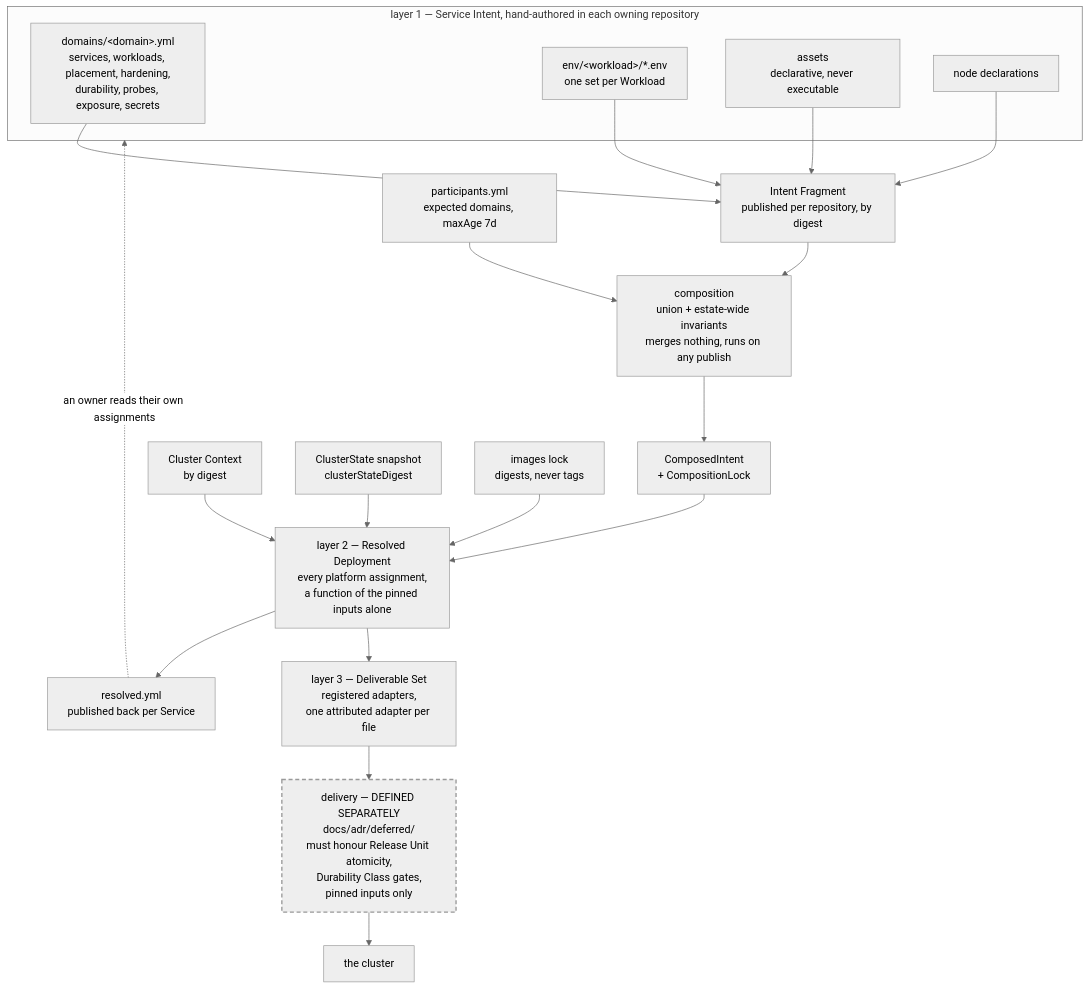
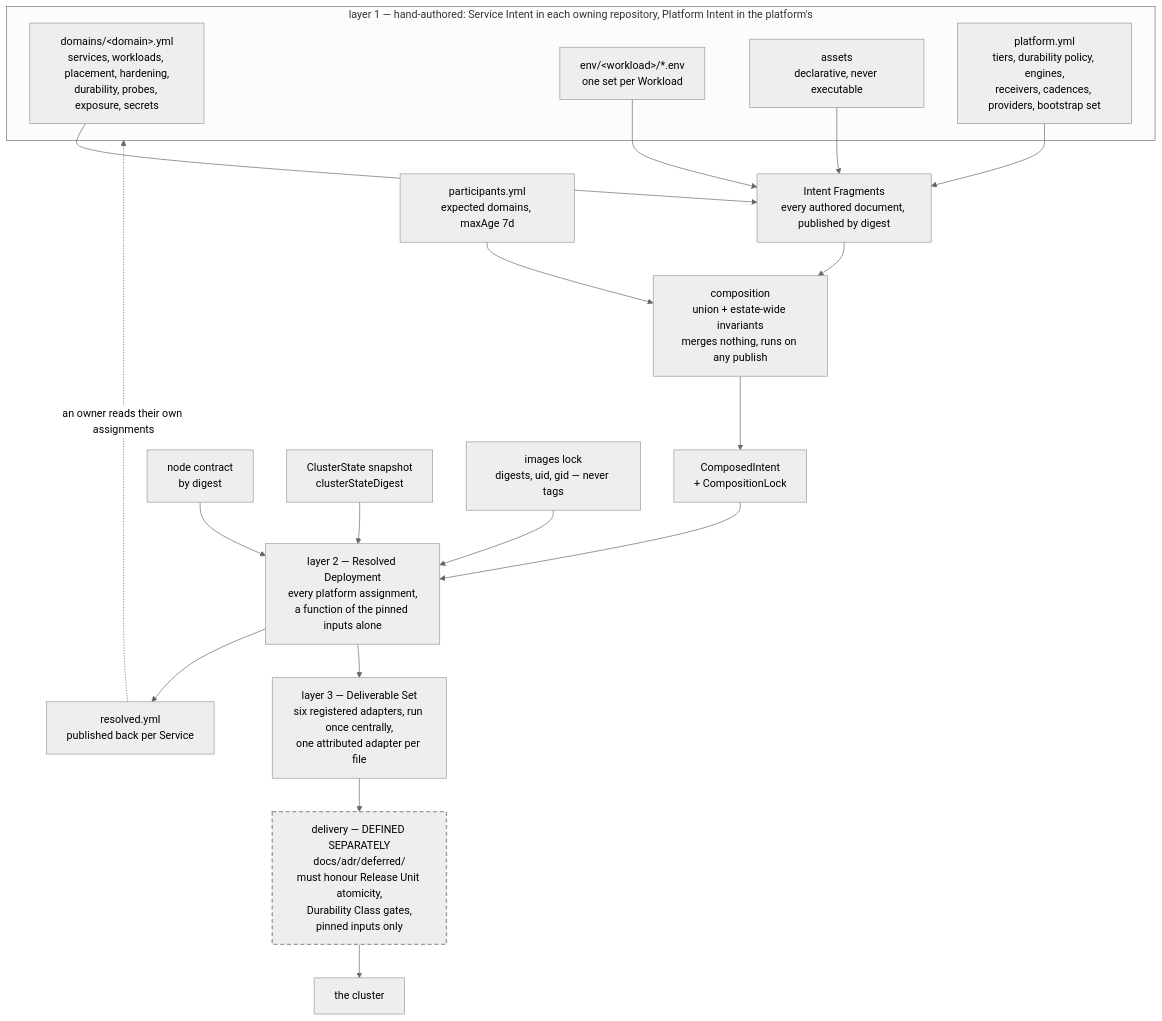
One commit to JorisJonkers-dev/deploy-kit changed the diagram in spec/v1/00-overview.md. Above: the diagram before and after it, drawn with Mermaid (neutral theme). The commit also changed other lines of this file and 270 other files, not shown here.

First line of the commit message:
feat: Platform Intent, the twenty-six render gaps, and gates for all of it (#12)

````diff
--- a/spec/v1/00-overview.md
+++ b/spec/v1/00-overview.md
@@ -108,34 +419,34 @@
 ```mermaid
 flowchart TB
-    subgraph AUTH["layer 1 — Service Intent, hand-authored in each owning repository"]
+    subgraph AUTH["layer 1 — hand-authored: Service Intent in each owning repository, Platform Intent in the platform's"]
         a1["domains/&lt;domain&gt;.yml<br/>services, workloads, placement, hardening,<br/>durability, probes, exposure, secrets"]
         a2["env/&lt;workload&gt;/*.env<br/>one set per Workload"]
         a3["assets<br/>declarative, never executable"]
-        a4["node declarations"]
+        a5["platform.yml<br/>tiers, durability policy, engines,<br/>receivers, cadences, providers, bootstrap set"]
     end
 
-    a1 --> FR["Intent Fragment<br/>published per repository, by digest"]
+    a1 --> FR["Intent Fragments<br/>every authored document, published by digest"]
     a2 --> FR
     a3 --> FR
-    a4 --> FR
+    a5 --> FR
 
     FR --> CO["composition<br/>union + estate-wide invariants<br/>merges nothing, runs on any publish"]
     PAR["participants.yml<br/>expected domains, maxAge 7d"] --> CO
     CO --> CI["ComposedIntent<br/>+ CompositionLock"]
 
     CI --> RES["layer 2 — Resolved Deployment<br/>every platform assignment,<br/>a function of the pinned inputs alone"]
-    CTX["Cluster Context<br/>by digest"] --> RES
+    NC["node contract<br/>by digest"] --> RES
     CS["ClusterState snapshot<br/>clusterStateDigest"] --> RES
-    IL["images lock<br/>digests, never tags"] --> RES
+    IL["images lock<br/>digests, uid, gid — never tags"] --> RES
 
     RES --> RS["resolved.yml<br/>published back per Service"]
-    RES --> DS["layer 3 — Deliverable Set<br/>registered adapters,<br/>one attributed adapter per file"]
+    RES --> DS["layer 3 — Deliverable Set<br/>six registered adapters, run once centrally,<br/>one attributed adapter per file"]
 
     DS --> DEL["delivery — DEFINED SEPARATELY<br/>docs/adr/deferred/<br/>must honour Release Unit atomicity,<br/>Durability Class gates,<br/>pinned inputs only"]
     DEL --> K["the cluster"]
 
     RS -.->|"an owner reads their own assignments"| AUTH
 
     classDef separate stroke-width:2px,stroke-dasharray:6 4;
     class DEL separate;
 ```
````
